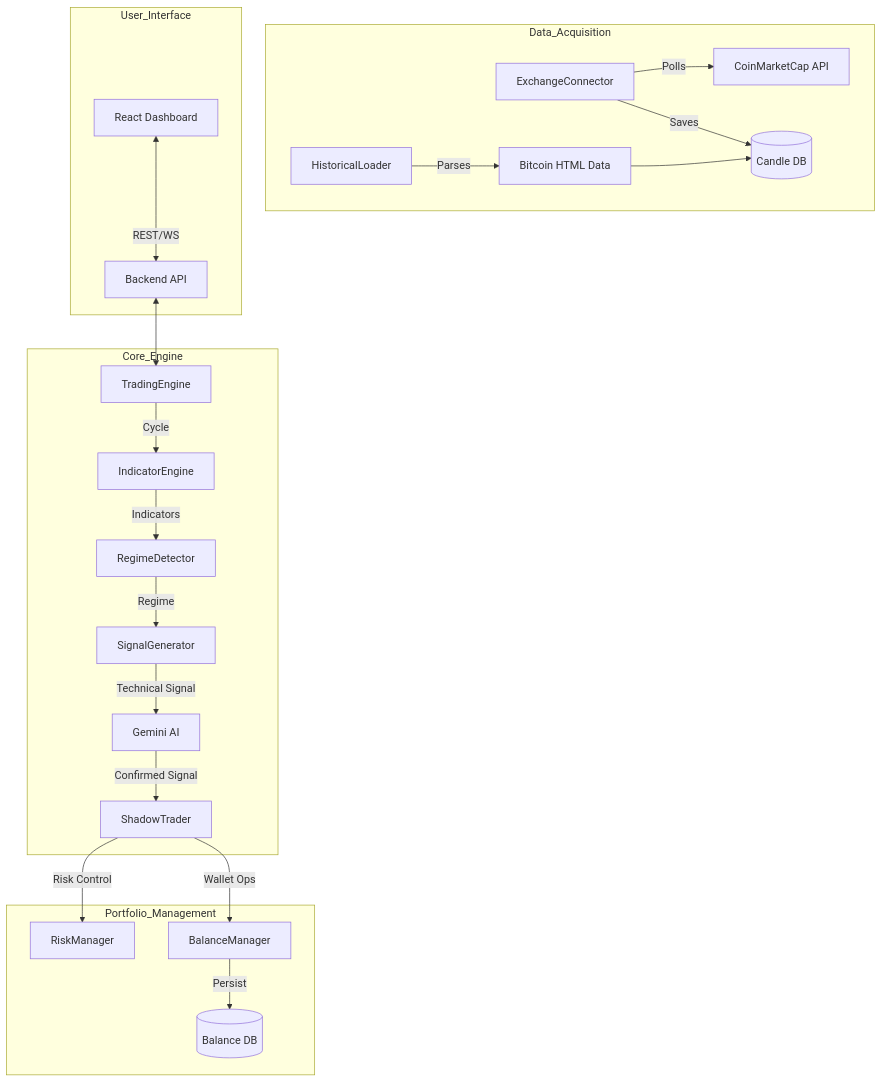
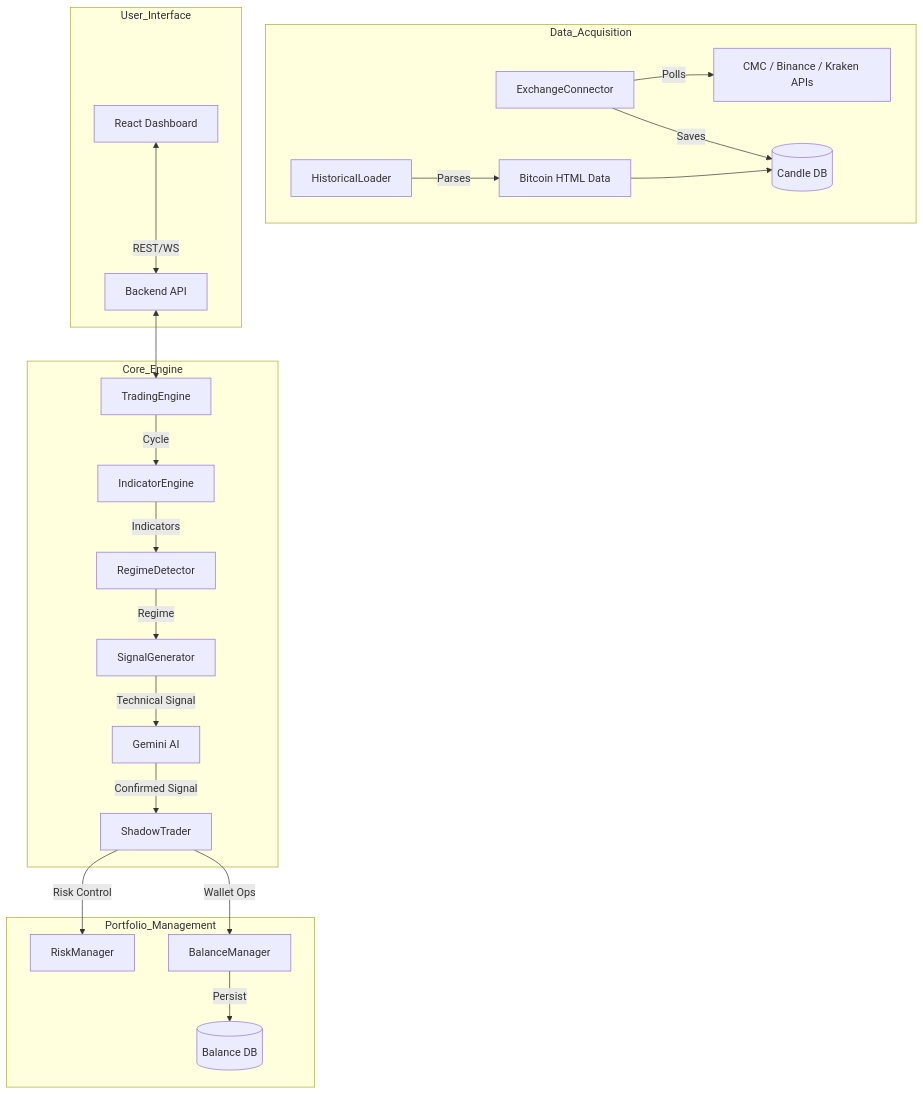
Before and after one commit to skenglord/Shady_Trader: the diagram in AGENTS.md, drawn with Mermaid. The commit also changed other lines of this file and 34 other files, not shown here.

````diff
--- a/AGENTS.md
+++ b/AGENTS.md
@@ -8,28 +8,28 @@
 ```mermaid
 graph TD
     subgraph Data_Acquisition
-        EC[ExchangeConnector] -->|Polls| CMC[CoinMarketCap API]
+        EC[ExchangeConnector] -->|Polls| MKT[CMC / Binance / Kraken APIs]
         EC -->|Saves| CDB[(Candle DB)]
         HL[HistoricalLoader] -->|Parses| HTML[Bitcoin HTML Data]
         HTML --> CDB
     end
 
     subgraph Core_Engine
         TE[TradingEngine] -->|Cycle| IE[IndicatorEngine]
         IE -->|Indicators| RD[RegimeDetector]
         RD -->|Regime| SG[SignalGenerator]
         SG -->|Technical Signal| AI_G[Gemini AI]
         AI_G -->|Confirmed Signal| ST[ShadowTrader]
     end
 
     subgraph Portfolio_Management
         ST -->|Risk Control| RM[RiskManager]
         ST -->|Wallet Ops| BM[BalanceManager]
         BM -->|Persist| BDB[(Balance DB)]
     end
 
     subgraph User_Interface
         UI[React Dashboard] <-->|REST/WS| API[Backend API]
         API <--> TE
     end
 ```
````
